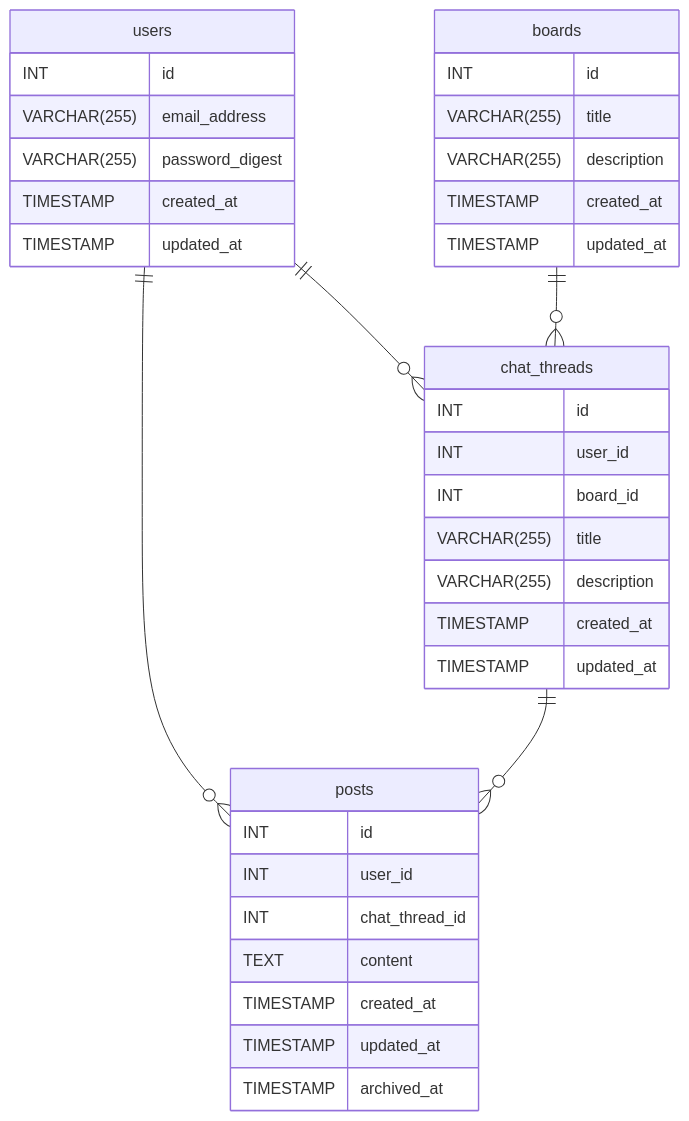
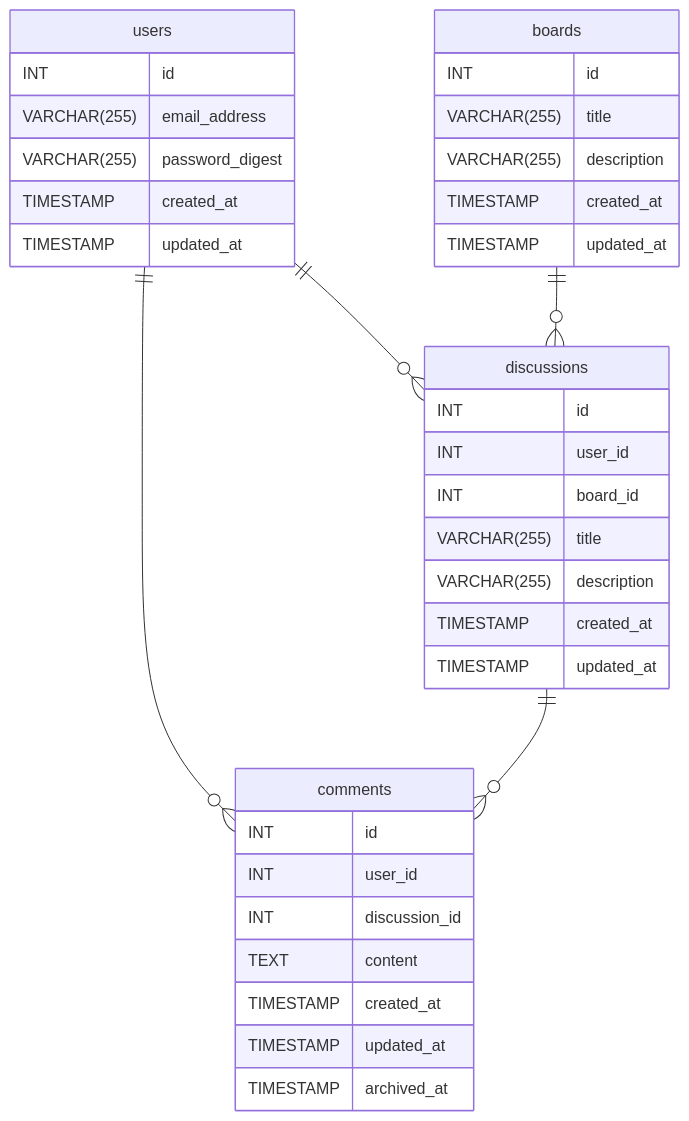
Before and after one commit to tsuji-108/pub_rails_practice_2: the diagram in docs/DATABASE.md, drawn with Mermaid. The commit also changed other lines of this file, not shown here.

````diff
--- a/docs/DATABASE.md
+++ b/docs/DATABASE.md
@@ -14,44 +14,44 @@
 ```mermaid
 erDiagram
 users {
   INT          id
   VARCHAR(255) email_address
   VARCHAR(255) password_digest
   TIMESTAMP    created_at
   TIMESTAMP    updated_at
 }
 
 boards {
   INT          id
   VARCHAR(255) title
   VARCHAR(255) description
   TIMESTAMP    created_at
   TIMESTAMP    updated_at
 }
 
-chat_threads {
+discussions {
   INT          id
   INT          user_id
   INT          board_id
   VARCHAR(255) title
   VARCHAR(255) description
   TIMESTAMP    created_at
   TIMESTAMP    updated_at
 }
 
-posts {
+comments {
   INT       id
   INT       user_id
-  INT       chat_thread_id
+  INT       discussion_id
   TEXT      content
   TIMESTAMP created_at
   TIMESTAMP updated_at
   TIMESTAMP archived_at
 }
 
-users ||--o{ chat_threads : ""
-users ||--o{ posts : ""
+users ||--o{ discussions : ""
+users ||--o{ comments : ""
 
-boards ||--o{ chat_threads : ""
-chat_threads ||--o{ posts : ""
+boards ||--o{ discussions : ""
+discussions ||--o{ comments : ""
 ```
````
